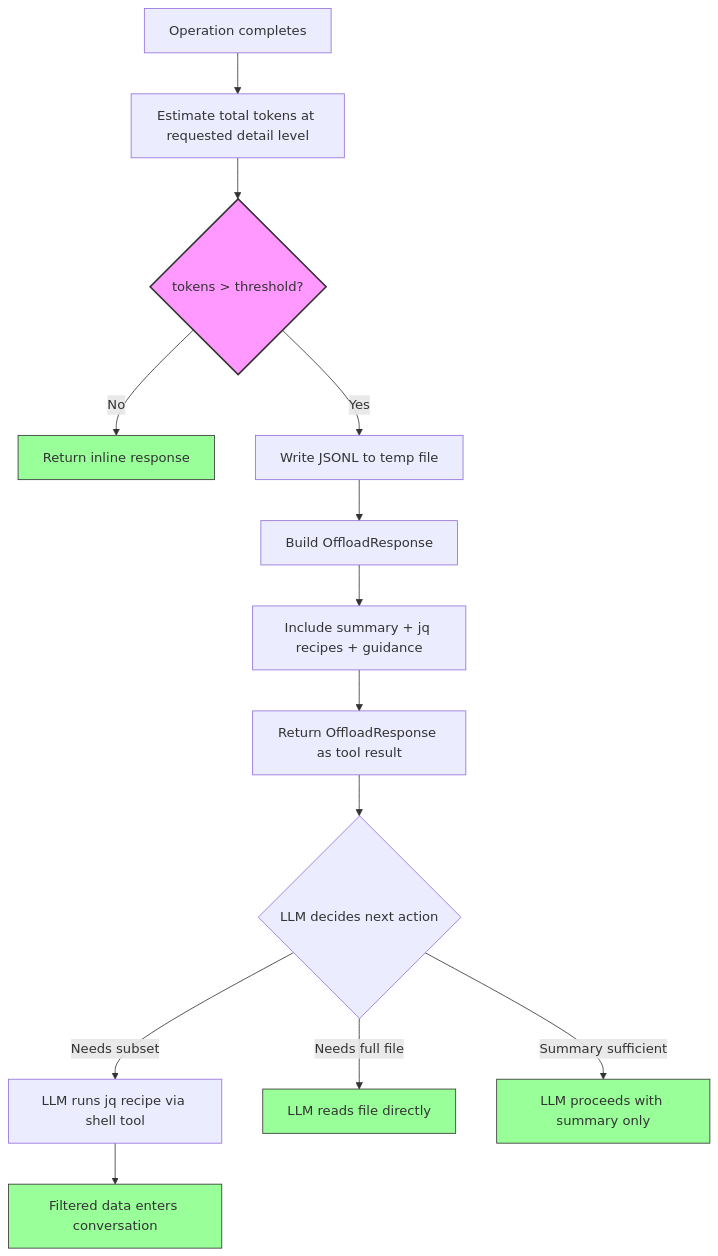
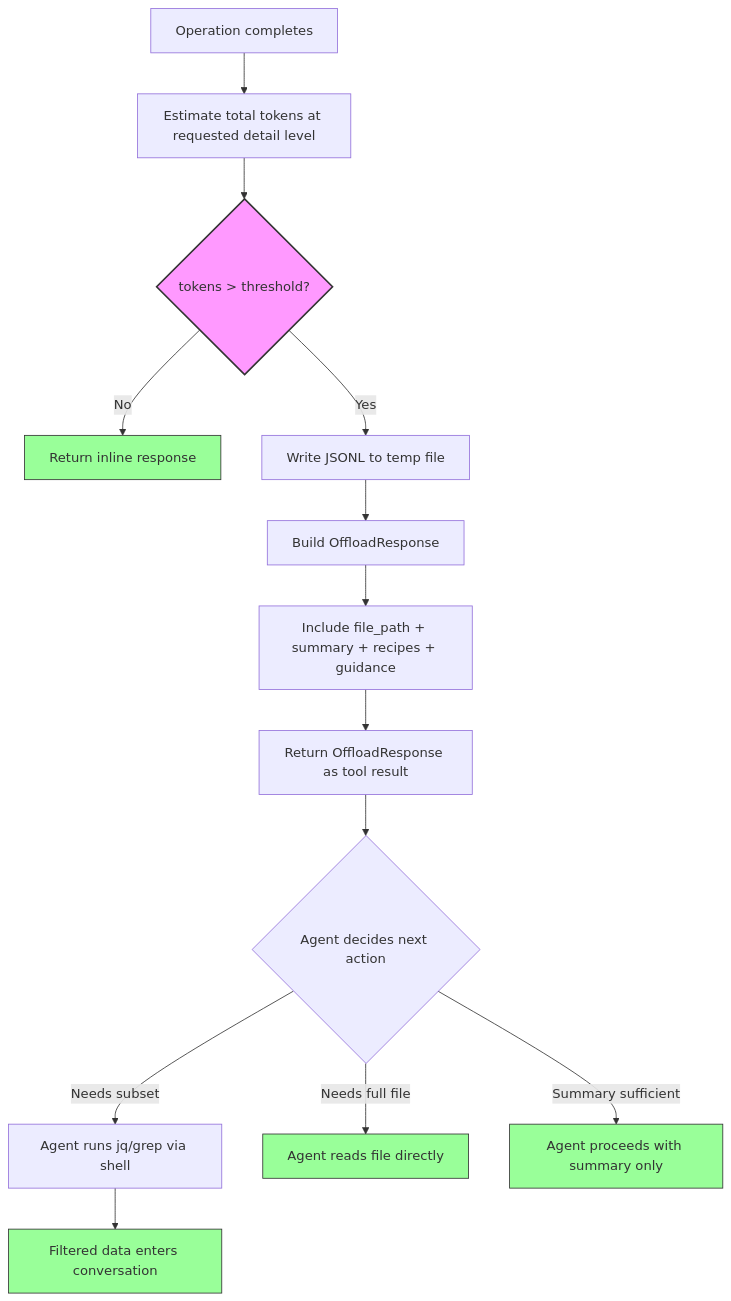
The second of 4 diagrams in src/content/docs/paper/specification.md (zircote/LRO), drawn with Mermaid before and after one commit. The commit also changed other lines of this file, not shown here.

````diff
--- a/src/content/docs/paper/specification.md
+++ b/src/content/docs/paper/specification.md
@@ -293,22 +313,22 @@
 ```mermaid
 flowchart TD
     A[Operation completes] --> B[Estimate total tokens at requested detail level]
     B --> C{tokens > threshold?}
     C -->|No| D[Return inline response]
     C -->|Yes| E[Write JSONL to temp file]
     E --> F[Build OffloadResponse]
-    F --> G[Include summary + jq recipes + guidance]
+    F --> G[Include file_path + summary + recipes + guidance]
     G --> H[Return OffloadResponse as tool result]
 
-    H --> I{LLM decides next action}
-    I -->|Needs subset| J[LLM runs jq recipe via shell tool]
+    H --> I{Agent decides next action}
+    I -->|Needs subset| J[Agent runs jq/grep via shell]
     J --> K[Filtered data enters conversation]
-    I -->|Needs full file| L[LLM reads file directly]
-    I -->|Summary sufficient| M[LLM proceeds with summary only]
+    I -->|Needs full file| L[Agent reads file directly]
+    I -->|Summary sufficient| M[Agent proceeds with summary only]
 
     style C fill:#f9f,stroke:#333,stroke-width:2px
     style D fill:#9f9,stroke:#333
     style K fill:#9f9,stroke:#333
     style L fill:#9f9,stroke:#333
     style M fill:#9f9,stroke:#333
 ```
````
